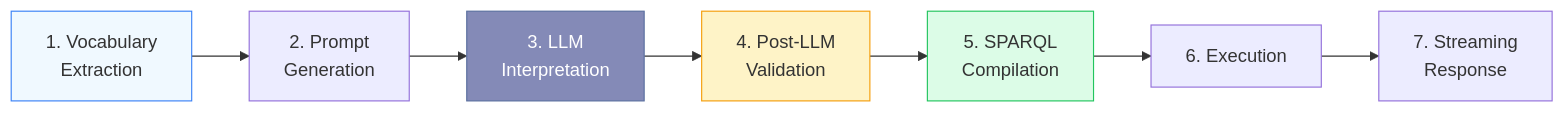
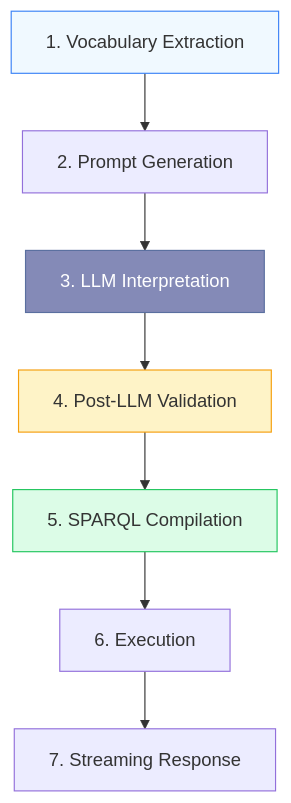
One commit to ASCS-eV/ontology-based-nl-search changed the first of 3 diagrams in apps/docs/query-flow.md. Above: the diagram before and after it, drawn with Mermaid.

Commit message:
docs: change pipeline stages diagram to vertical layout

````diff
--- a/apps/docs/query-flow.md
+++ b/apps/docs/query-flow.md
@@ -7,14 +7,14 @@
 ```mermaid
-graph LR
-    A["1. Vocabulary<br/>Extraction"] --> B["2. Prompt<br/>Generation"]
-    B --> C["3. LLM<br/>Interpretation"]
-    C --> D["4. Post-LLM<br/>Validation"]
-    D --> E["5. SPARQL<br/>Compilation"]
+graph TD
+    A["1. Vocabulary Extraction"] --> B["2. Prompt Generation"]
+    B --> C["3. LLM Interpretation"]
+    C --> D["4. Post-LLM Validation"]
+    D --> E["5. SPARQL Compilation"]
     E --> F["6. Execution"]
-    F --> G["7. Streaming<br/>Response"]
+    F --> G["7. Streaming Response"]
 
     style A fill:#f0f9ff,stroke:#3b82f6
     style C fill:#848ab7,stroke:#5a6f9f,color:#fff
     style D fill:#fef3c7,stroke:#f59e0b
     style E fill:#dcfce7,stroke:#22c55e
 ```
````
